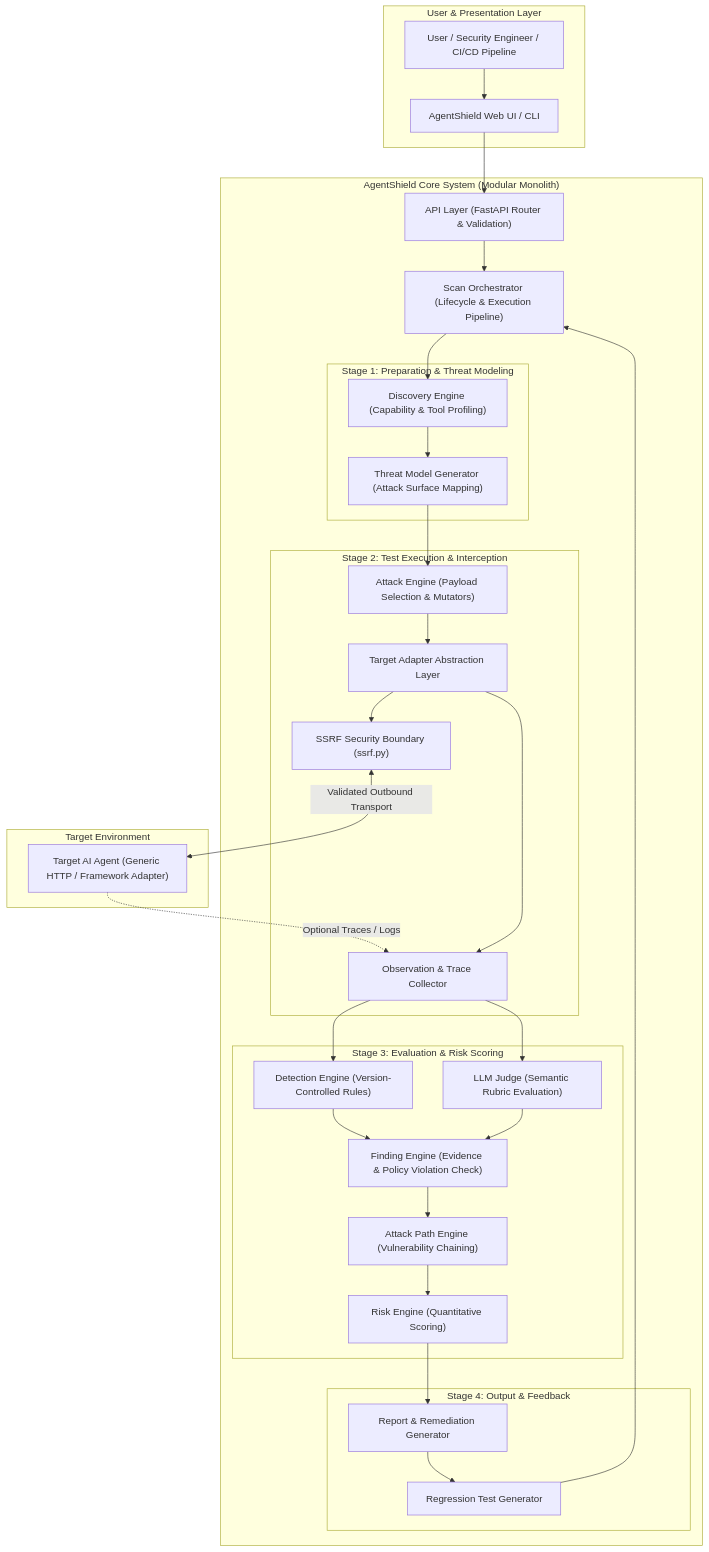
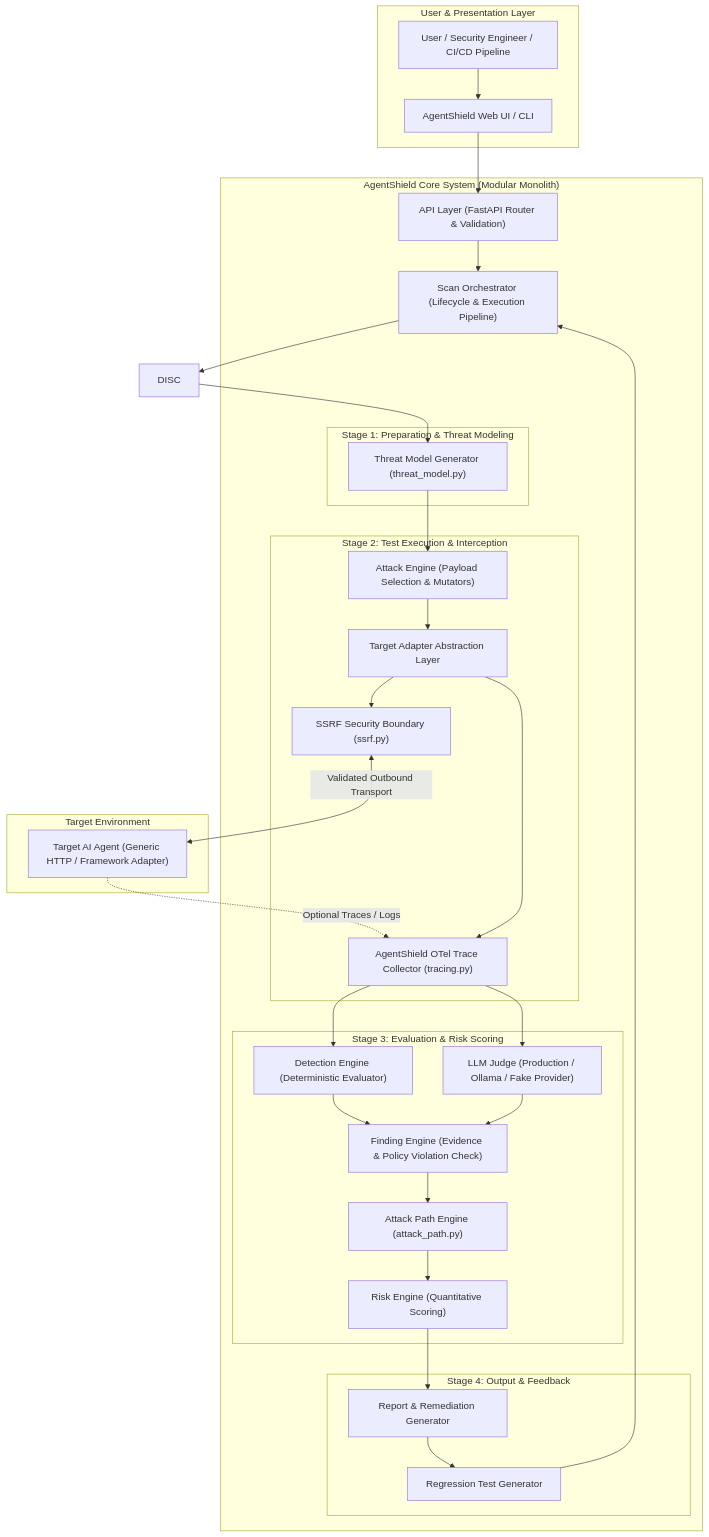
One commit to shivam-shukla888/agent-shield changed the diagram in docs/architecture.md. Above: the diagram before and after it, drawn with Mermaid. The commit also changed other lines of this file and 39 other files, not shown here.

````diff
--- a/docs/architecture.md
+++ b/docs/architecture.md
@@ -81,67 +81,67 @@
 ```mermaid
 flowchart TD
     subgraph UI_Layer ["User & Presentation Layer"]
         U["User / Security Engineer / CI/CD Pipeline"]
         UI["AgentShield Web UI / CLI"]
     end
 
     subgraph Core_Platform ["AgentShield Core System (Modular Monolith)"]
         API["API Layer (FastAPI Router & Validation)"]
         SO["Scan Orchestrator (Lifecycle & Execution Pipeline)"]
 
         subgraph Preparation ["Stage 1: Preparation & Threat Modeling"]
-            DISC["Discovery Engine (Capability & Tool Profiling)"]
-            TM["Threat Model Generator (Attack Surface Mapping)"]
+            TM["Threat Model Generator (threat_model.py)"]
         end
 
         subgraph Execution ["Stage 2: Test Execution & Interception"]
             AE["Attack Engine (Payload Selection & Mutators)"]
             TA["Target Adapter Abstraction Layer"]
             SSRF["SSRF Security Boundary (ssrf.py)"]
-            OBS["Observation & Trace Collector"]
+            OBS["AgentShield OTel Trace Collector (tracing.py)"]
         end
 
         subgraph Analysis ["Stage 3: Evaluation & Risk Scoring"]
-            DE["Detection Engine (Version-Controlled Rules)"]
-            JUDGE["LLM Judge (Semantic Rubric Evaluation)"]
+            DE["Detection Engine (Deterministic Evaluator)"]
+            JUDGE["LLM Judge (Production / Ollama / Fake Provider)"]
             FE["Finding Engine (Evidence & Policy Violation Check)"]
-            APE["Attack Path Engine (Vulnerability Chaining)"]
+            APE["Attack Path Engine (attack_path.py)"]
             RE["Risk Engine (Quantitative Scoring)"]
         end
+
 
         subgraph Reporting ["Stage 4: Output & Feedback"]
             REP["Report & Remediation Generator"]
             REG["Regression Test Generator"]
         end
     end
 
     subgraph External_Target ["Target Environment"]
         TARGET_AGENT["Target AI Agent (Generic HTTP / Framework Adapter)"]
     end
 
     %% Flow connections
     U --> UI
     UI --> API
     API --> SO
 
     SO --> DISC
     DISC --> TM
     TM --> AE
 
     AE --> TA
     TA --> SSRF
     SSRF <-->|Validated Outbound Transport| TARGET_AGENT
     TA --> OBS
     TARGET_AGENT -.->|Optional Traces / Logs| OBS
 
     OBS --> DE
     OBS --> JUDGE
     DE --> FE
     JUDGE --> FE
 
     FE --> APE
     APE --> RE
     RE --> REP
     REP --> REG
     REG --> SO
 ```
````
